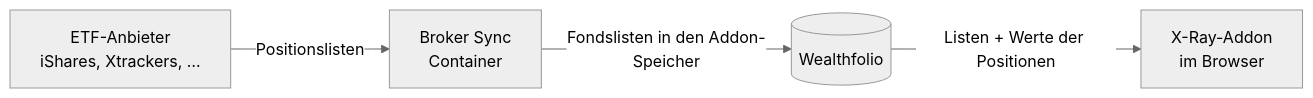
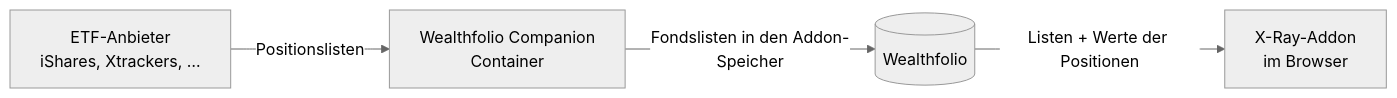
The diagram in README.md (waldonso2/wealthfolio-companion-addon-xray), drawn with Mermaid (neutral theme) before and after one commit. The commit also changed other lines of this file and 10 other files, not shown here.

First line of the commit message:
Name the service Wealthfolio Companion (3.11.3) (#12)

````diff
--- a/README.md
+++ b/README.md
@@ -7,6 +7,6 @@
 ```mermaid
 flowchart LR
-  A[ETF-Anbieter<br/>iShares, Xtrackers, …] -->|Positionslisten| S[Broker Sync<br/>Container]
+  A[ETF-Anbieter<br/>iShares, Xtrackers, …] -->|Positionslisten| S[Wealthfolio Companion<br/>Container]
   S -->|Fondslisten in den Addon-Speicher| W[(Wealthfolio)]
   W -->|Listen + Werte der Positionen| X[X-Ray-Addon<br/>im Browser]
 ```
````
